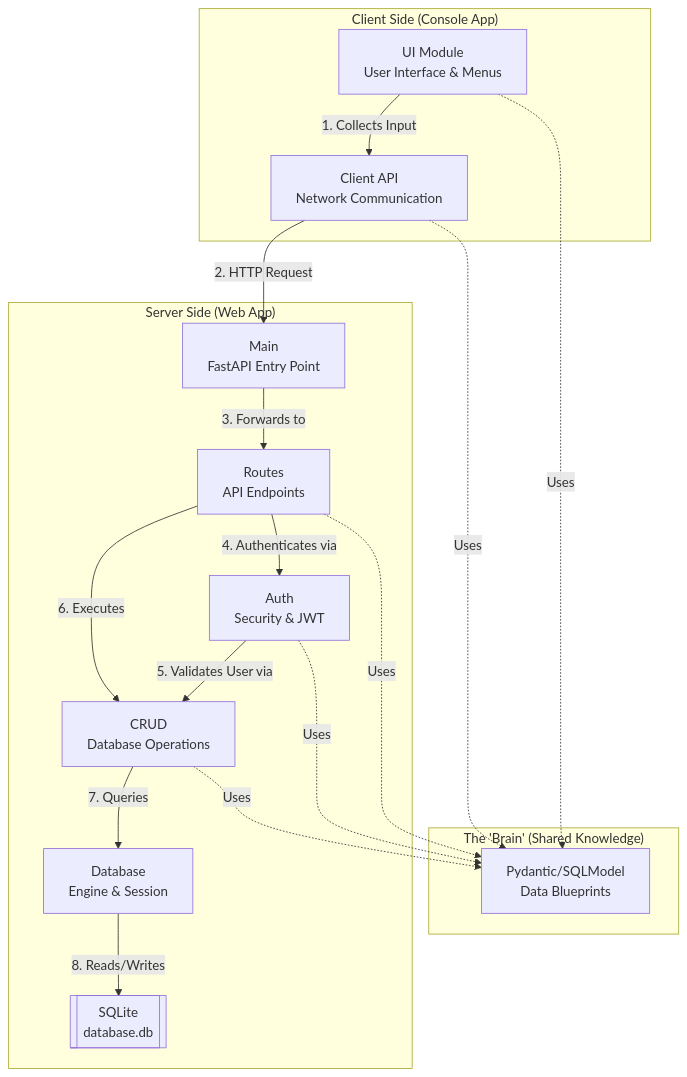
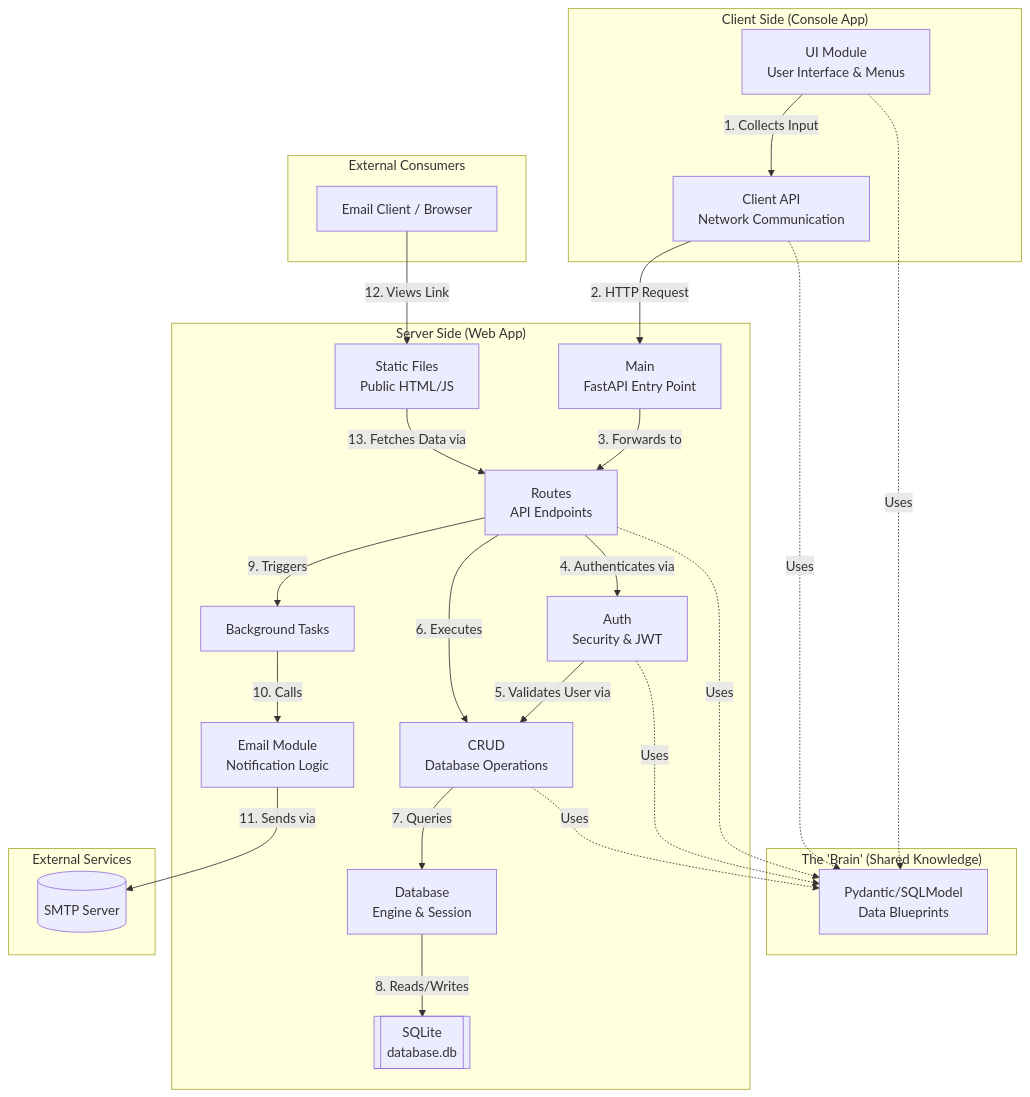
The first of 5 diagrams in docs/architecture.md (GitGitRice/social-media-app), drawn with Mermaid before and after one commit.

Commit message:
System Overview diagram updated

````diff
--- a/docs/architecture.md
+++ b/docs/architecture.md
@@ -14,37 +14,55 @@
 ```mermaid
 graph TD
     subgraph "Client Side (Console App)"
         UI["UI Module<br/>User Interface &amp; Menus"]
         CAPI["Client API<br/>Network Communication"]
+    end
+
+    subgraph "External Consumers"
+        EmailClient["Email Client / Browser"]
     end
 
     subgraph "The 'Brain' (Shared Knowledge)"
         Models["Pydantic/SQLModel<br/>Data Blueprints"]
     end
 
     subgraph "Server Side (Web App)"
         Main["Main<br/>FastAPI Entry Point"]
         Routes["Routes<br/>API Endpoints"]
-        Auth["Auth<br/>Security &amp; JWT"]
-        CRUD["CRUD<br/>Database Operations"]
-        DB["Database<br/>Engine &amp; Session"]
-        SQLite[["SQLite<br/>database.db"]]
+        Auth["Auth<br/>Security &amp; JWT"];
+        CRUD["CRUD<br/>Database Operations"];
+        DB["Database<br/>Engine &amp; Session"];
+        SQLite[["SQLite<br/>database.db"]];
+        Email["Email Module<br/>Notification Logic"];
+        Static["Static Files<br/>Public HTML/JS"];
+        BGTasks["Background Tasks"];
+    end
+
+    subgraph "External Services"
+        SMTP[("SMTP Server")]
     end
 
     %% Interactions
-    UI -->|1. Collects Input| CAPI
-    CAPI -->|2. HTTP Request| Main
-    Main -->|3. Forwards to| Routes
-    Routes -->|4. Authenticates via| Auth
-    Auth -->|5. Validates User via| CRUD
-    Routes -->|6. Executes| CRUD
-    CRUD -->|7. Queries| DB
-    DB -->|8. Reads/Writes| SQLite
-    
+    UI -->|1. Collects Input| CAPI;
+    CAPI -->|2. HTTP Request| Main;
+    Main -->|3. Forwards to| Routes;
+    Routes -->|4. Authenticates via| Auth;
+    Auth -->|5. Validates User via| CRUD;
+    Routes -->|6. Executes| CRUD;
+    CRUD -->|7. Queries| DB;
+    DB -->|8. Reads/Writes| SQLite;
+
+    %% Email Notification Flow
+    Routes -->|9. Triggers| BGTasks;
+    BGTasks -->|10. Calls| Email;
+    Email -->|11. Sends via| SMTP;
+    EmailClient -->|12. Views Link| Static;
+    Static -->|13. Fetches Data via| Routes;
+
     %% Shared Models
-    UI -.->|Uses| Models
-    CAPI -.->|Uses| Models
-    Routes -.->|Uses| Models
-    Auth -.->|Uses| Models
-    CRUD -.->|Uses| Models
+    UI -.->|Uses| Models;
+    CAPI -.->|Uses| Models;
+    Routes -.->|Uses| Models;
+    Auth -.->|Uses| Models;
+    CRUD -.->|Uses| Models;
 ```
````
